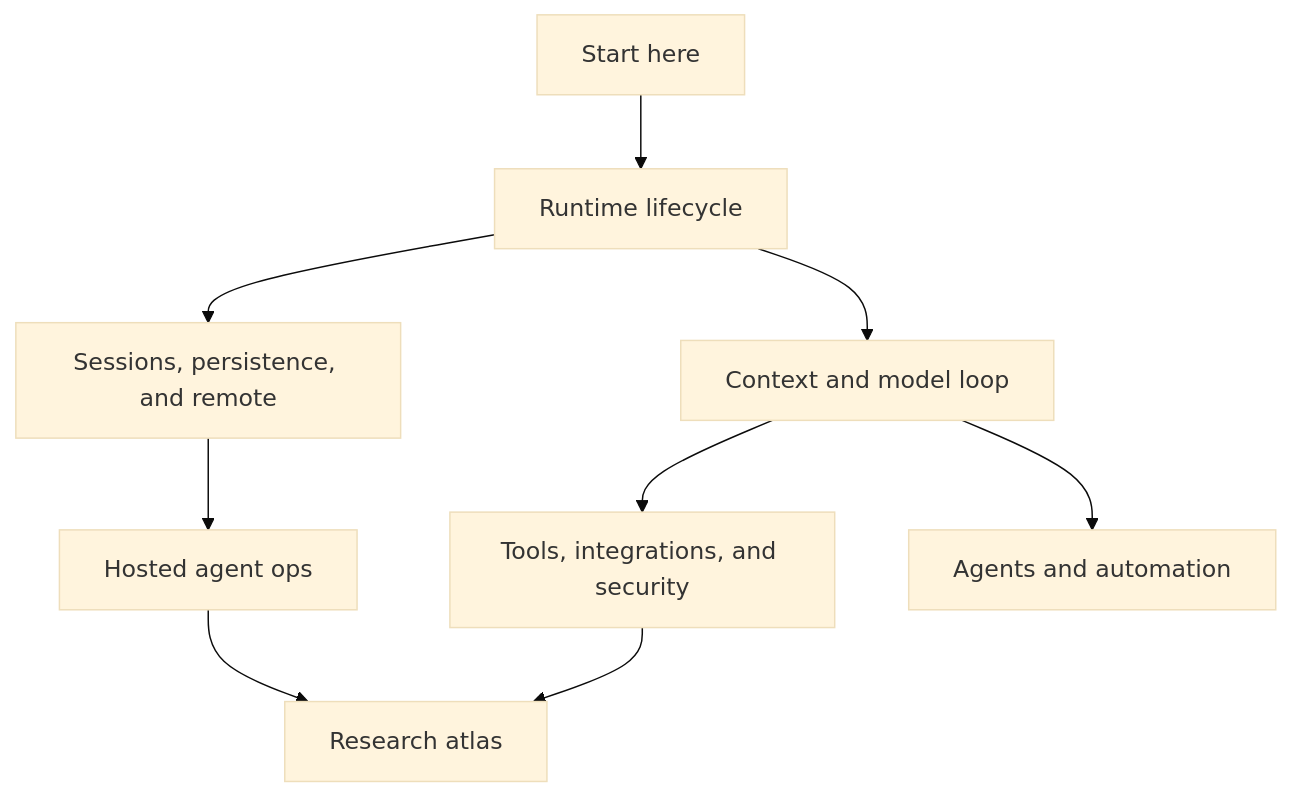
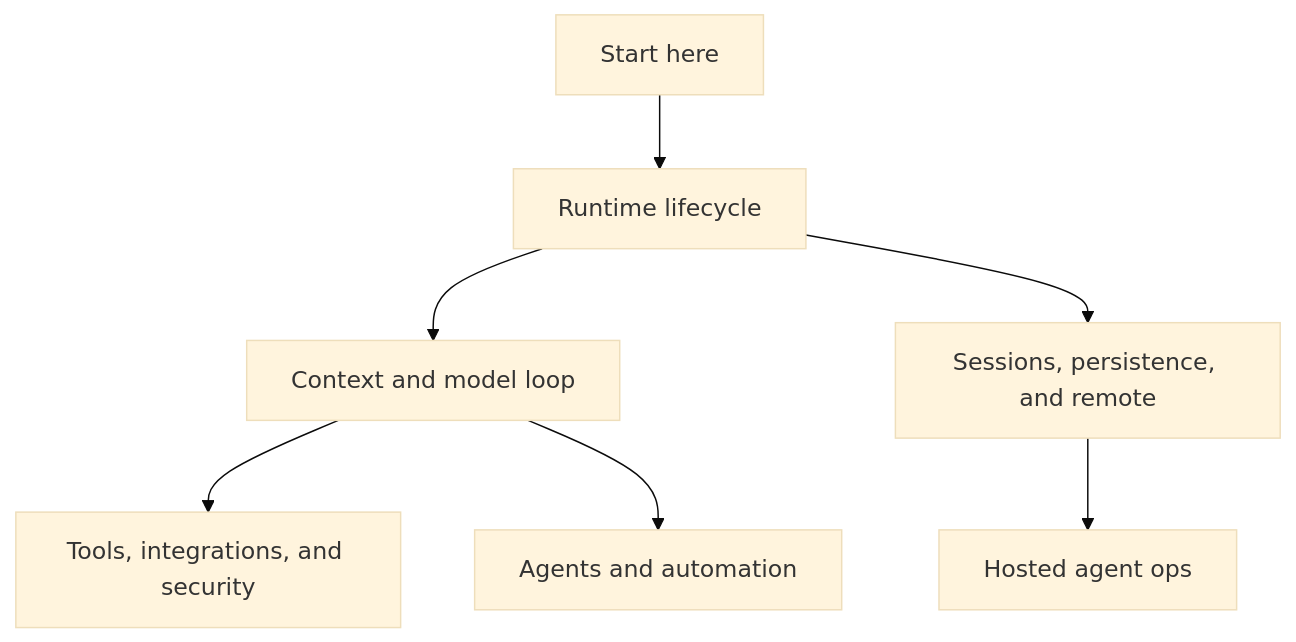
The diagram in docs/00-start-here/README.md (vibewatch/copilot-cli-internals), drawn with Mermaid (base theme) before and after one commit. The commit also changed other lines of this file and 16 other files, not shown here.

Commit message:
chore: remove references to research atlas and related documentation from various files

````diff
--- a/docs/00-start-here/README.md
+++ b/docs/00-start-here/README.md
@@ -44,20 +43,17 @@
 ```mermaid
 flowchart TD
     Start[Start here] --> Runtime[Runtime lifecycle]
     Runtime --> Loop[Context and model loop]
     Loop --> Tools[Tools, integrations, and security]
     Runtime --> Sessions[Sessions, persistence, and remote]
     Sessions --> Hosted[Hosted agent ops]
     Loop --> Agents[Agents and automation]
-    Hosted --> Research[Research atlas]
-    Tools --> Research
 
     click Start "./" "Open Start here"
     click Runtime "../01-runtime-lifecycle/" "Open Runtime lifecycle"
     click Loop "../02-context-model-loop/" "Open Context and model loop"
     click Tools "../03-tools-integrations-security/" "Open Tools, integrations, and security"
     click Sessions "../04-sessions-persistence-remote/" "Open Sessions, persistence, and remote"
     click Hosted "../05-hosted-agent-ops/" "Open Hosted agent ops"
     click Agents "../06-agents-automation/" "Open Agents and automation"
-    click Research "../99-research-atlas/" "Open Research atlas"
 ```
````
